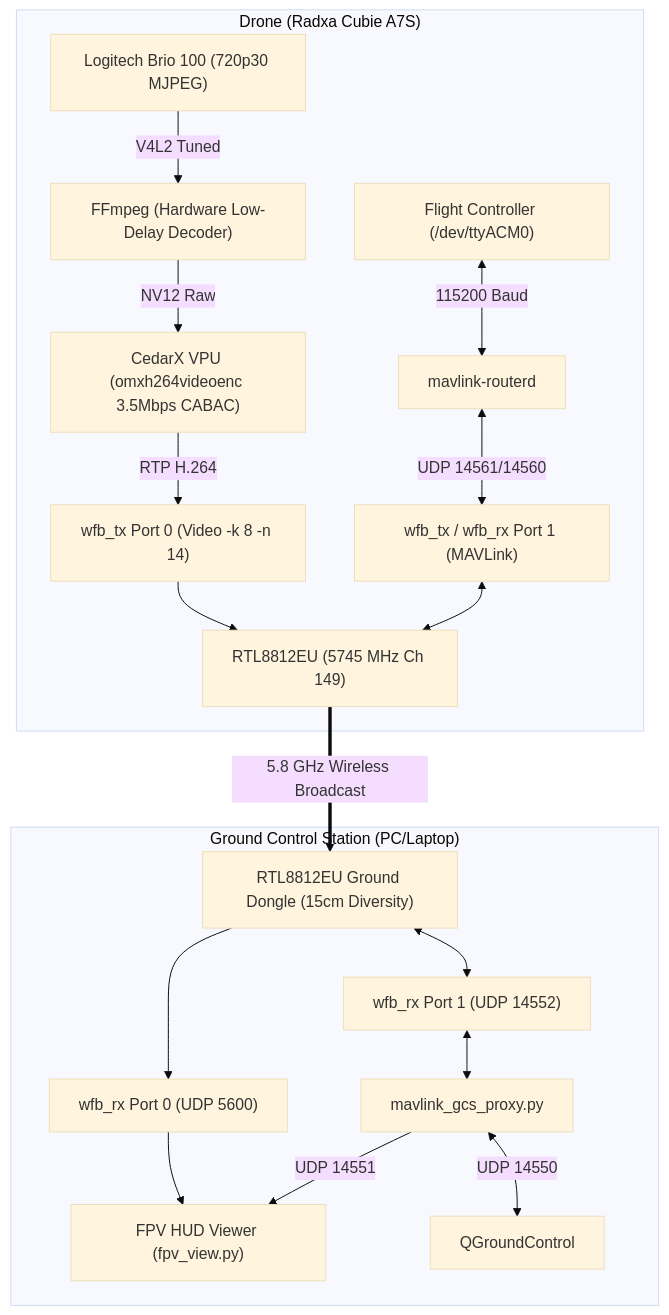
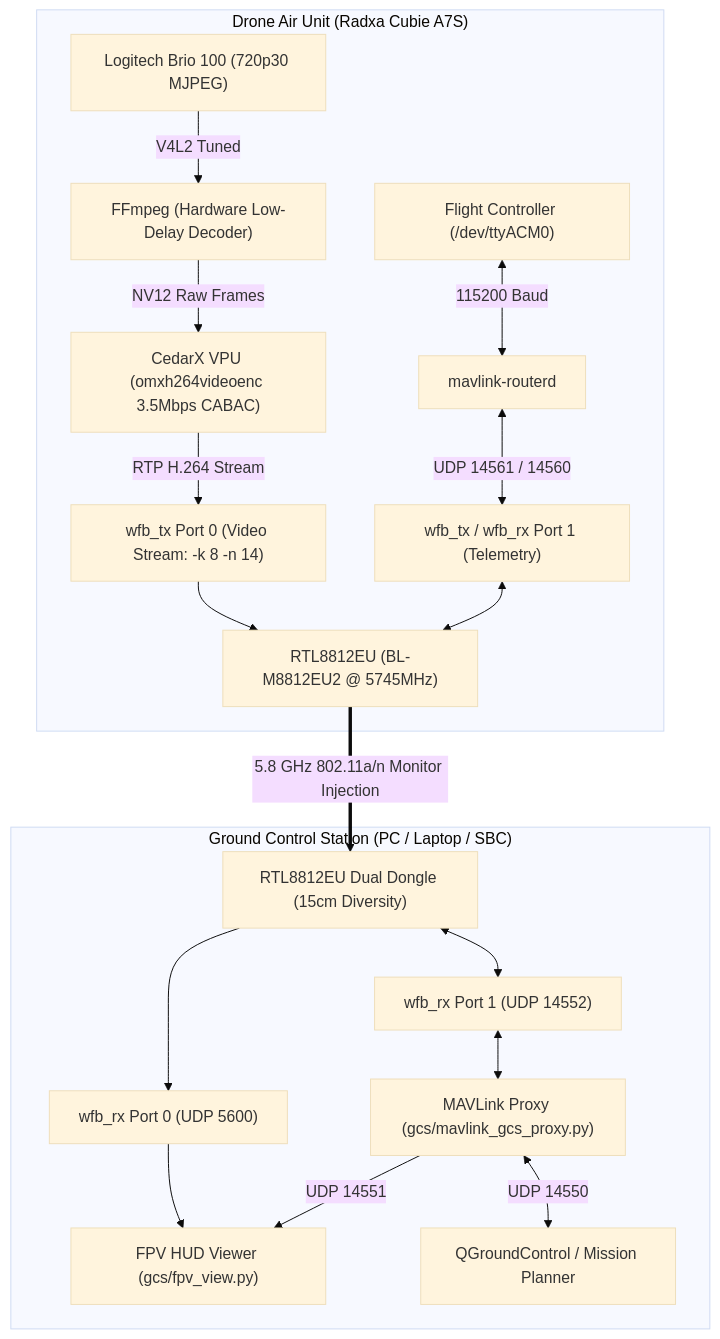
One commit to RiteshKumarRay/Radxa-Cubie-Digital-FPV changed the diagram in README.md. Above: the diagram before and after it, drawn with Mermaid (base theme). The commit also changed other lines of this file and 18 other files, not shown here.

````diff
--- a/README.md
+++ b/README.md
@@ -25,23 +26,23 @@
 ```mermaid
 flowchart TD
-    subgraph AirUnit ["Drone (Radxa Cubie A7S)"]
+    subgraph AirUnit ["Drone Air Unit (Radxa Cubie A7S)"]
         Cam["Logitech Brio 100 (720p30 MJPEG)"] -->|V4L2 Tuned| FFmpeg["FFmpeg (Hardware Low-Delay Decoder)"]
-        FFmpeg -->|NV12 Raw| CedarX["CedarX VPU (omxh264videoenc 3.5Mbps CABAC)"]
-        CedarX -->|RTP H.264| WFBTX_V["wfb_tx Port 0 (Video -k 8 -n 14)"]
+        FFmpeg -->|NV12 Raw Frames| CedarX["CedarX VPU (omxh264videoenc 3.5Mbps CABAC)"]
+        CedarX -->|RTP H.264 Stream| WFBTX_V["wfb_tx Port 0 (Video Stream: -k 8 -n 14)"]
         FC["Flight Controller (/dev/ttyACM0)"] <-->|115200 Baud| MAVRouter["mavlink-routerd"]
-        MAVRouter <-->|UDP 14561/14560| WFBTX_M["wfb_tx / wfb_rx Port 1 (MAVLink)"]
-        WFBTX_V --> RTL_Air["RTL8812EU (5745 MHz Ch 149)"]
+        MAVRouter <-->|UDP 14561 / 14560| WFBTX_M["wfb_tx / wfb_rx Port 1 (Telemetry)"]
+        WFBTX_V --> RTL_Air["RTL8812EU (BL-M8812EU2 @ 5745MHz)"]
         WFBTX_M <--> RTL_Air
     end
 
-    RTL_Air ==>|5.8 GHz Wireless Broadcast| RTL_GCS["RTL8812EU Ground Dongle (15cm Diversity)"]
+    RTL_Air ==>|5.8 GHz 802.11a/n Monitor Injection| RTL_GCS["RTL8812EU Dual Dongle (15cm Diversity)"]
 
-    subgraph GroundStation ["Ground Control Station (PC/Laptop)"]
+    subgraph GroundStation ["Ground Control Station (PC / Laptop / SBC)"]
         RTL_GCS --> WFBRX_V["wfb_rx Port 0 (UDP 5600)"]
         RTL_GCS <--> WFBRX_M["wfb_rx Port 1 (UDP 14552)"]
-        WFBRX_V --> HUD["FPV HUD Viewer (fpv_view.py)"]
-        WFBRX_M <--> Proxy["mavlink_gcs_proxy.py"]
-        Proxy <-->|UDP 14550| QGC["QGroundControl"]
+        WFBRX_V --> HUD["FPV HUD Viewer (gcs/fpv_view.py)"]
+        WFBRX_M <--> Proxy["MAVLink Proxy (gcs/mavlink_gcs_proxy.py)"]
+        Proxy <-->|UDP 14550| QGC["QGroundControl / Mission Planner"]
         Proxy -->|UDP 14551| HUD
     end
 ```
````
